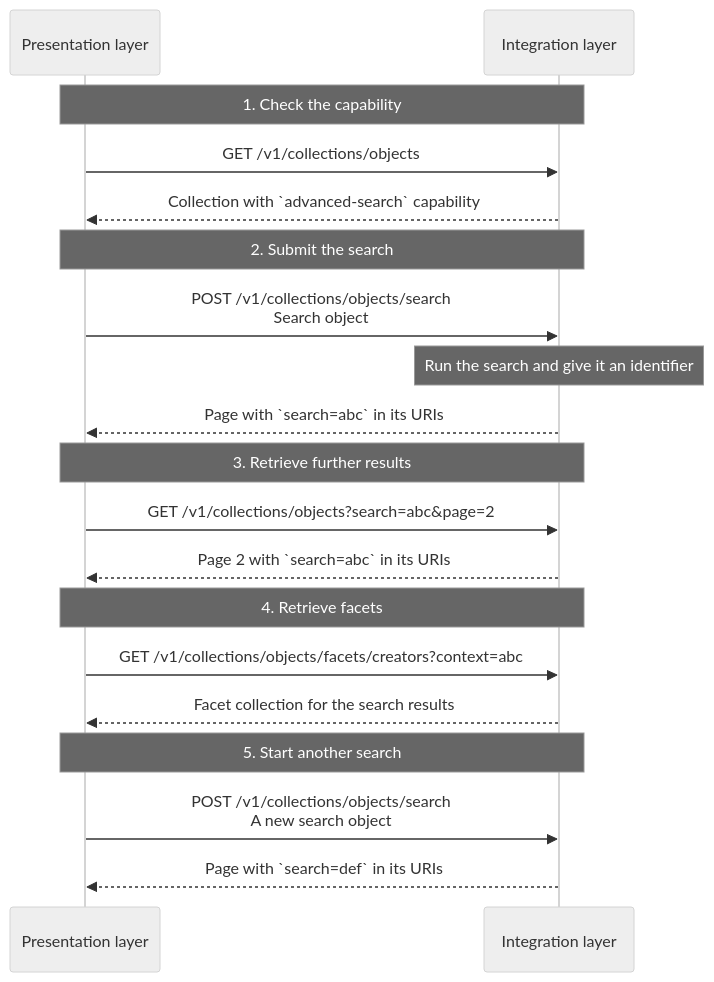
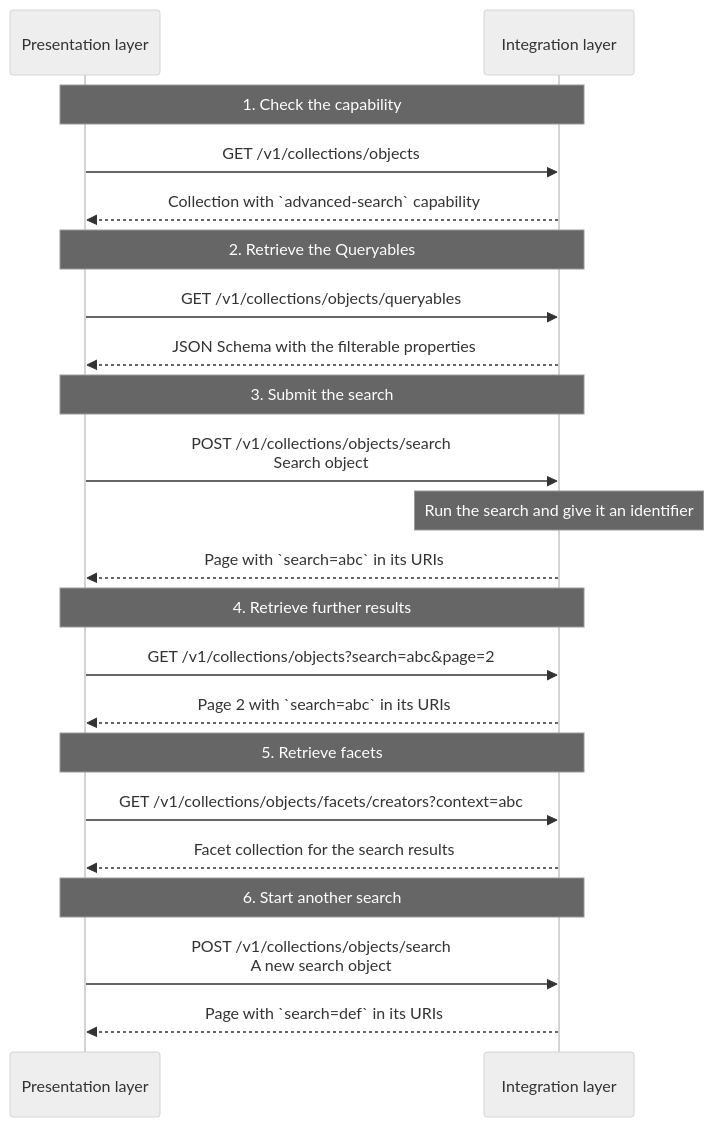
The diagram in docs/requirements/integration-layer-api/rest/search.md (netwerk-digitaal-erfgoed/netwerk-digitaal-erfgoed.github.io), drawn with Mermaid (neutral theme) before and after one commit. The commit also changed other lines of this file and 2 other files, not shown here.

````diff
--- a/docs/requirements/integration-layer-api/rest/search.md
+++ b/docs/requirements/integration-layer-api/rest/search.md
@@ -766,26 +883,30 @@
 ```mermaid
 sequenceDiagram
     participant PL as Presentation layer
     participant IL as Integration layer
 
     Note over PL,IL: 1. Check the capability
     PL->>IL: GET /v1/collections/objects
     IL-->>PL: Collection with `advanced-search` capability
 
-    Note over PL,IL: 2. Submit the search
+    Note over PL,IL: 2. Retrieve the Queryables
+    PL->>IL: GET /v1/collections/objects/queryables
+    IL-->>PL: JSON Schema with the filterable properties
+
+    Note over PL,IL: 3. Submit the search
     PL->>IL: POST /v1/collections/objects/search<br/>Search object
     Note over IL: Run the search and give it an identifier
     IL-->>PL: Page with `search=abc` in its URIs
 
-    Note over PL,IL: 3. Retrieve further results
+    Note over PL,IL: 4. Retrieve further results
     PL->>IL: GET /v1/collections/objects?search=abc&page=2
     IL-->>PL: Page 2 with `search=abc` in its URIs
 
-    Note over PL,IL: 4. Retrieve facets
+    Note over PL,IL: 5. Retrieve facets
     PL->>IL: GET /v1/collections/objects/facets/creators?context=abc
     IL-->>PL: Facet collection for the search results
 
-    Note over PL,IL: 5. Start another search
+    Note over PL,IL: 6. Start another search
     PL->>IL: POST /v1/collections/objects/search<br/>A new search object
     IL-->>PL: Page with `search=def` in its URIs
 ```
````
